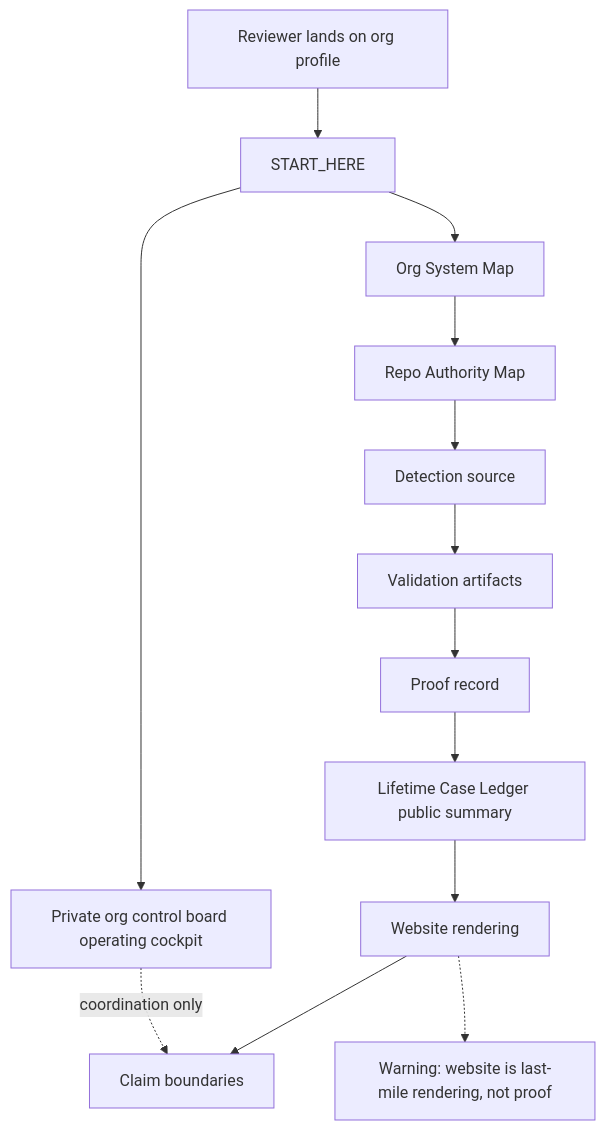
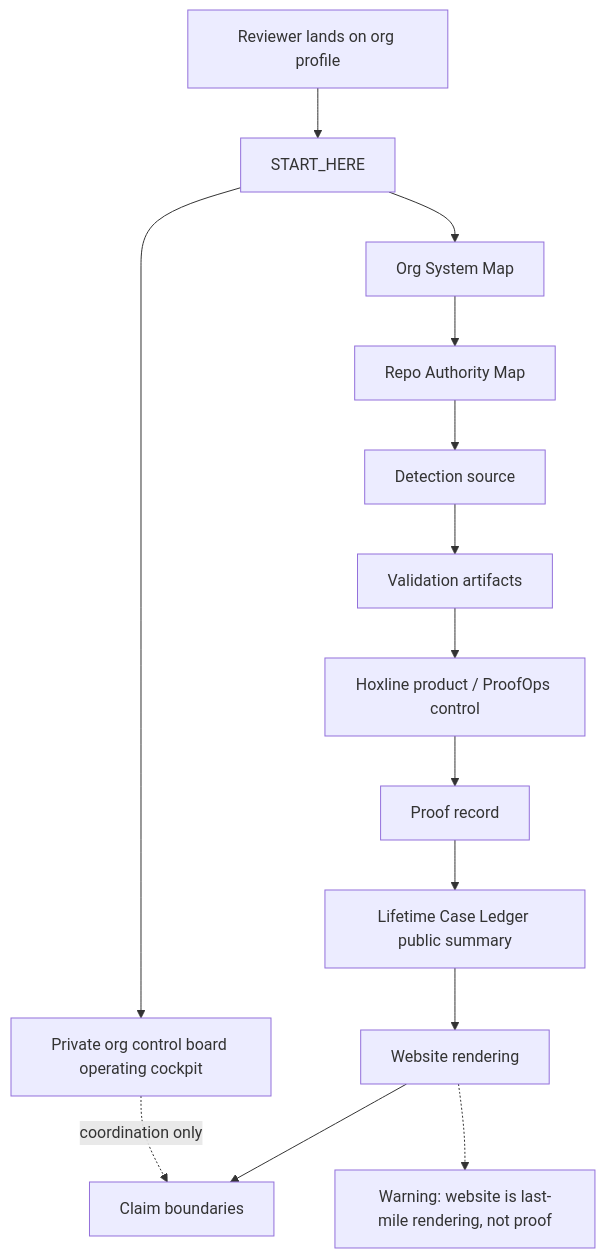
Before and after one commit to HawkinsOperations/.github: the sixth of 6 diagrams in wiki/11_ORG_SYSTEM_MAP.md, drawn with Mermaid. The commit also changed other lines of this file and 5 other files, not shown here.

````diff
--- a/wiki/11_ORG_SYSTEM_MAP.md
+++ b/wiki/11_ORG_SYSTEM_MAP.md
@@ -173,20 +176,21 @@
 ```mermaid
 flowchart TD
     profile["Reviewer lands on org profile"]
     start["START_HERE"]
     map["Org System Map"]
     authority["Repo Authority Map"]
     source["Detection source"]
     validation["Validation artifacts"]
+    hoxline["Hoxline product / ProofOps control"]
     proof["Proof record"]
     project["Private org control board operating cockpit"]
     ledger["Lifetime Case Ledger public summary"]
     website["Website rendering"]
     boundaries["Claim boundaries"]
     warning["Warning: website is last-mile rendering, not proof"]
 
-    profile --> start --> map --> authority --> source --> validation --> proof --> ledger --> website --> boundaries
+    profile --> start --> map --> authority --> source --> validation --> hoxline --> proof --> ledger --> website --> boundaries
     start --> project
     project -. "coordination only" .-> boundaries
     website -.-> warning
 ```
````
